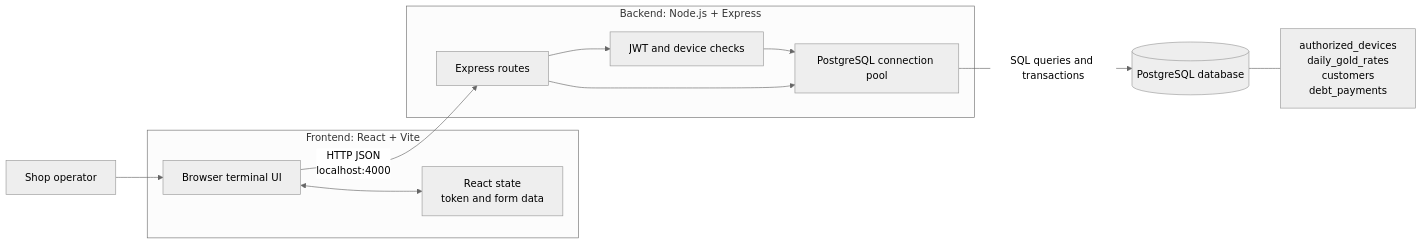
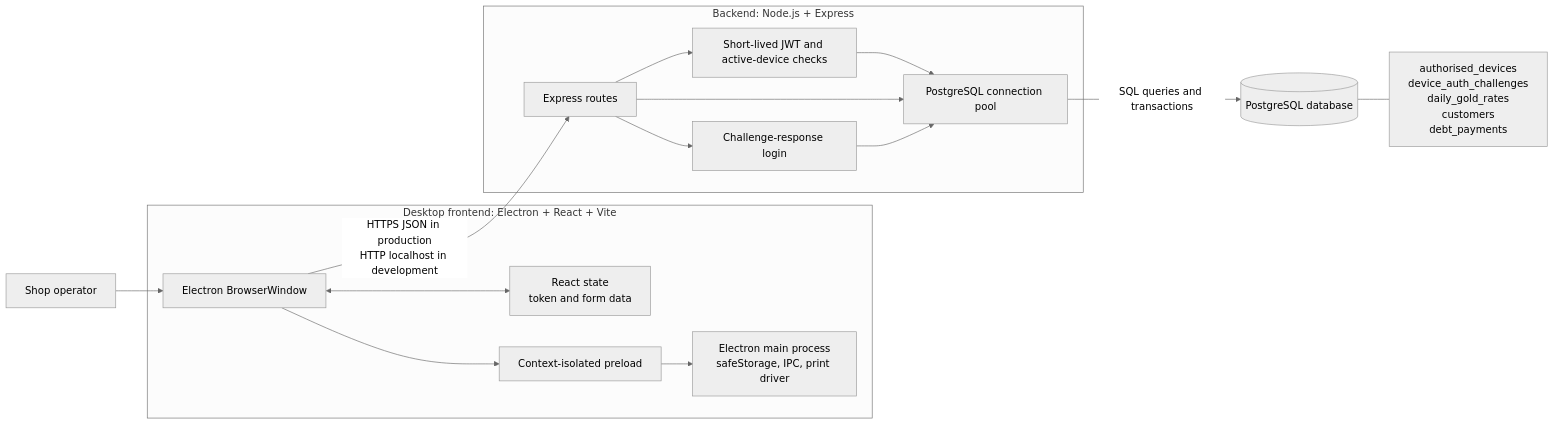
The diagram in docs/diagrams/architecture.mmd (Varshihihihi21/gold_system), drawn with Mermaid (neutral theme) before and after one commit. The commit also changed 73 other files, not shown here.

```diff
--- a/docs/diagrams/architecture.mmd
+++ b/docs/diagrams/architecture.mmd
@@ -1,18 +1,23 @@
 flowchart LR
-    Operator[Shop operator] --> Browser
-    subgraph Frontend["Frontend: React + Vite"]
-        Browser[Browser terminal UI]
+    Operator[Shop operator] --> Desktop
+    subgraph Frontend["Desktop frontend: Electron + React + Vite"]
+        Desktop[Electron BrowserWindow]
         State[React state<br/>token and form data]
-        Browser <--> State
+        Main[Electron main process<br/>safeStorage, IPC, print driver]
+        Preload[Context-isolated preload]
+        Desktop <--> State
+        Desktop --> Preload --> Main
     end
-    Browser -->|HTTP JSON<br/>localhost:4000| Server
+    Desktop -->|HTTPS JSON in production<br/>HTTP localhost in development| Server
     subgraph Backend["Backend: Node.js + Express"]
         Server[Express routes]
-        Middleware[JWT and device checks]
+        Middleware[Short-lived JWT and active-device checks]
+        DeviceAuth[Challenge-response login]
         Pool[PostgreSQL connection pool]
         Server --> Middleware
         Middleware --> Pool
         Server --> Pool
+        Server --> DeviceAuth --> Pool
     end
     Pool -->|SQL queries and transactions| PostgreSQL[(PostgreSQL database)]
-    PostgreSQL --- Tables[authorized_devices<br/>daily_gold_rates<br/>customers<br/>debt_payments]
+    PostgreSQL --- Tables[authorised_devices<br/>device_auth_challenges<br/>daily_gold_rates<br/>customers<br/>debt_payments]
```
